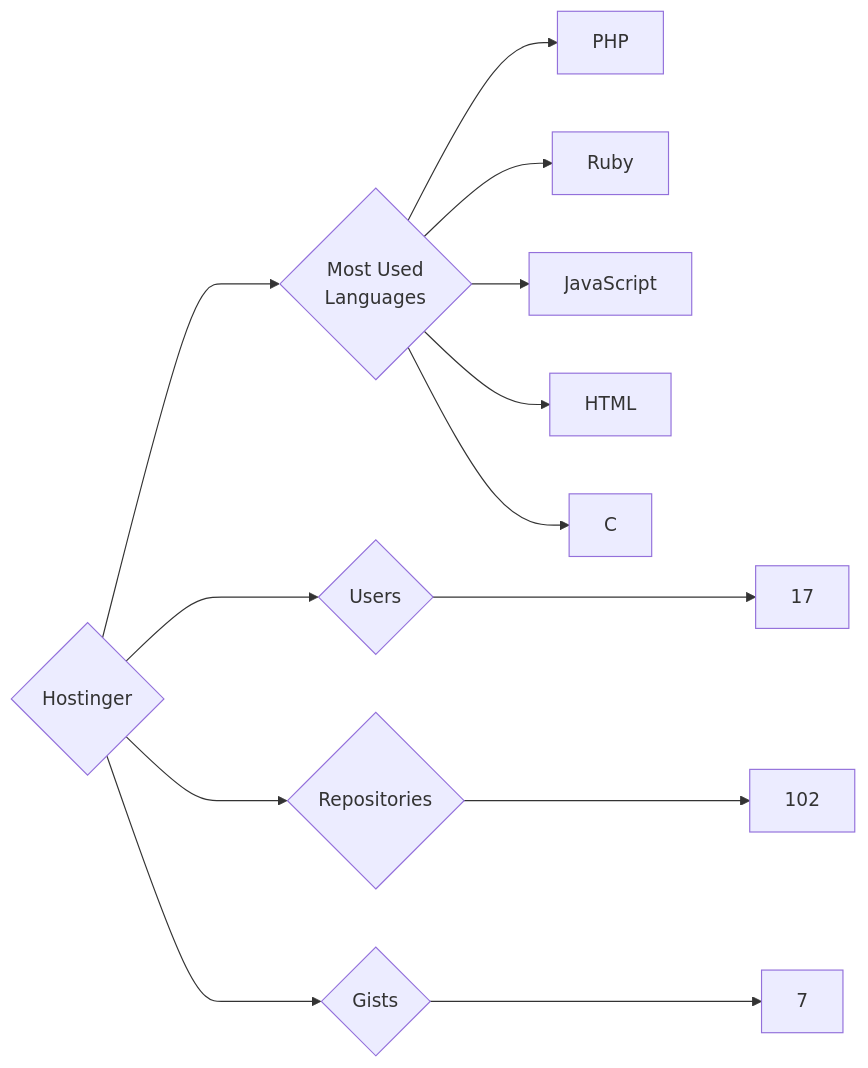
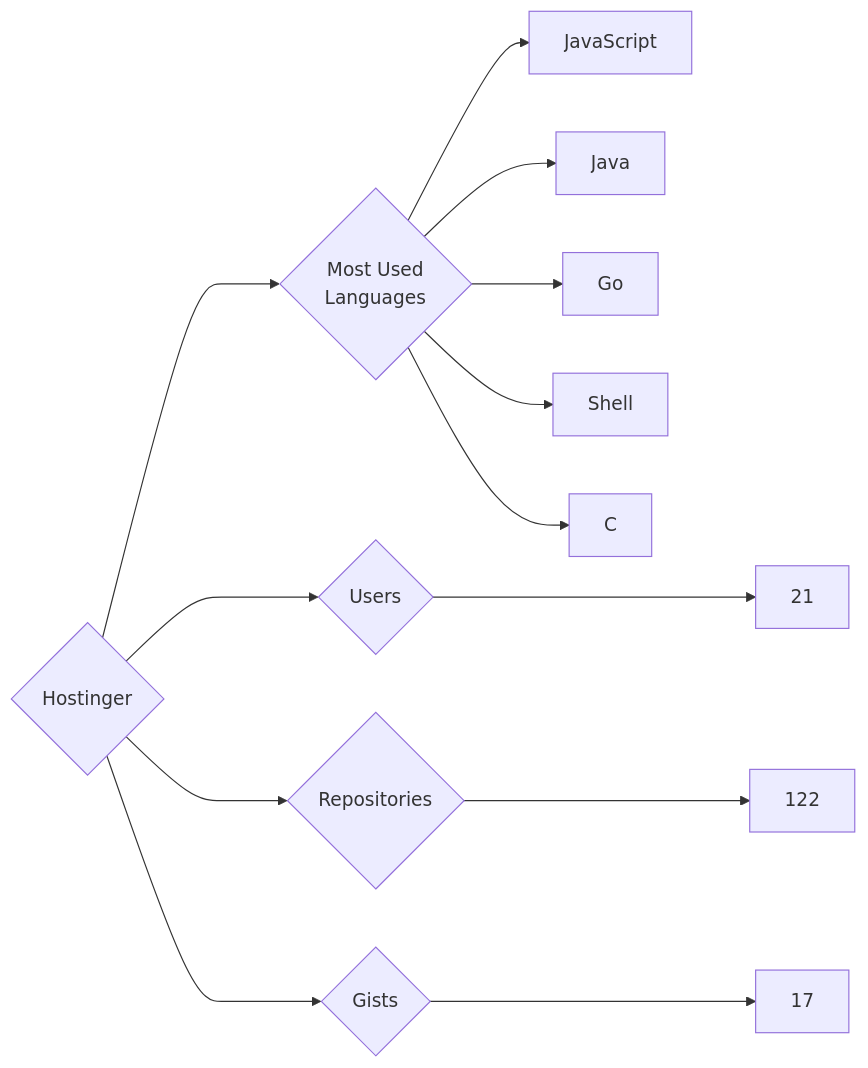
The diagram in targets/Hostinger/README.md (trickest/insiders), drawn with Mermaid before and after one commit. The commit also changed 965 other files, not shown here.

````diff
--- a/targets/Hostinger/README.md
+++ b/targets/Hostinger/README.md
@@ -3,13 +3,13 @@
 ```mermaid
 graph LR
 COMPANY_NAME{Hostinger}
-COMPANY_NAME ---> U{Users} ---> UN[17]
-COMPANY_NAME ---> R{Repositories} ---> RN[102]
-COMPANY_NAME ---> G{Gists} ---> GN[7]
+COMPANY_NAME ---> U{Users} ---> UN[21]
+COMPANY_NAME ---> R{Repositories} ---> RN[122]
+COMPANY_NAME ---> G{Gists} ---> GN[17]
 COMPANY_NAME ---> ML{Most Used<br>Languages}
-ML --> PHP[PHP]
-ML --> Ruby[Ruby]
 ML --> JavaScript[JavaScript]
-ML --> HTML[HTML]
+ML --> Java[Java]
+ML --> Go[Go]
+ML --> Shell[Shell]
 ML --> C[C]
 ```
````
